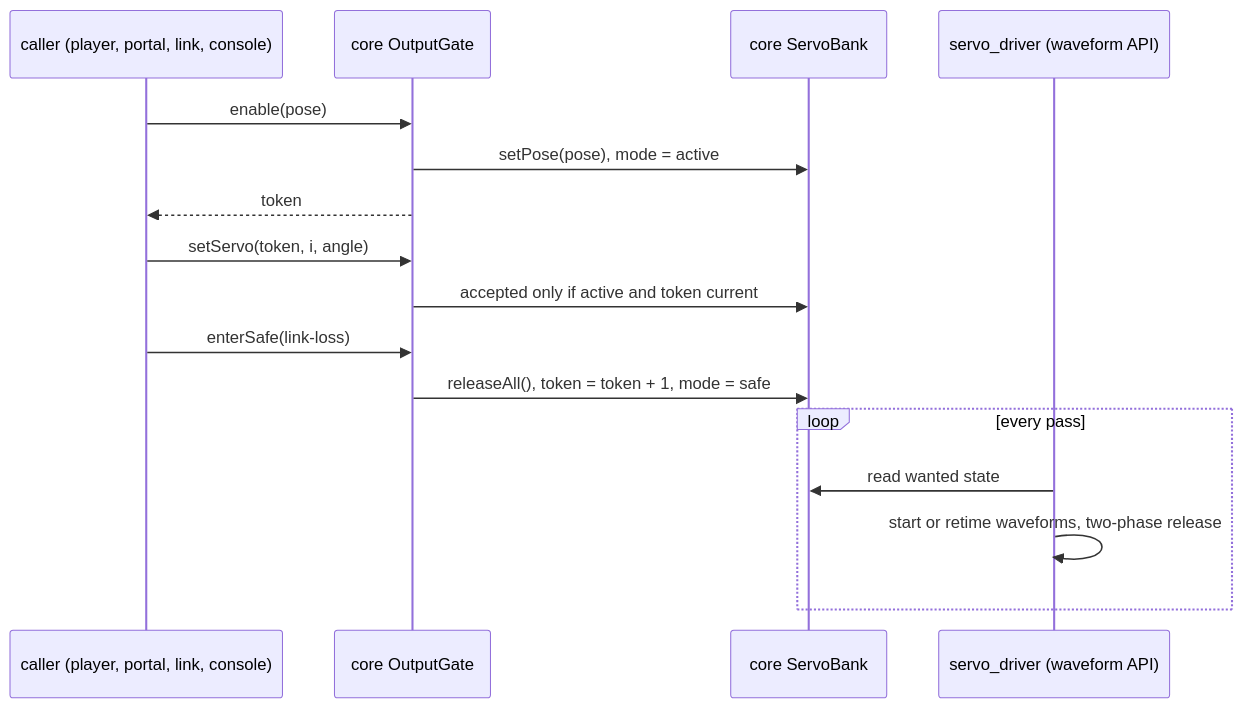
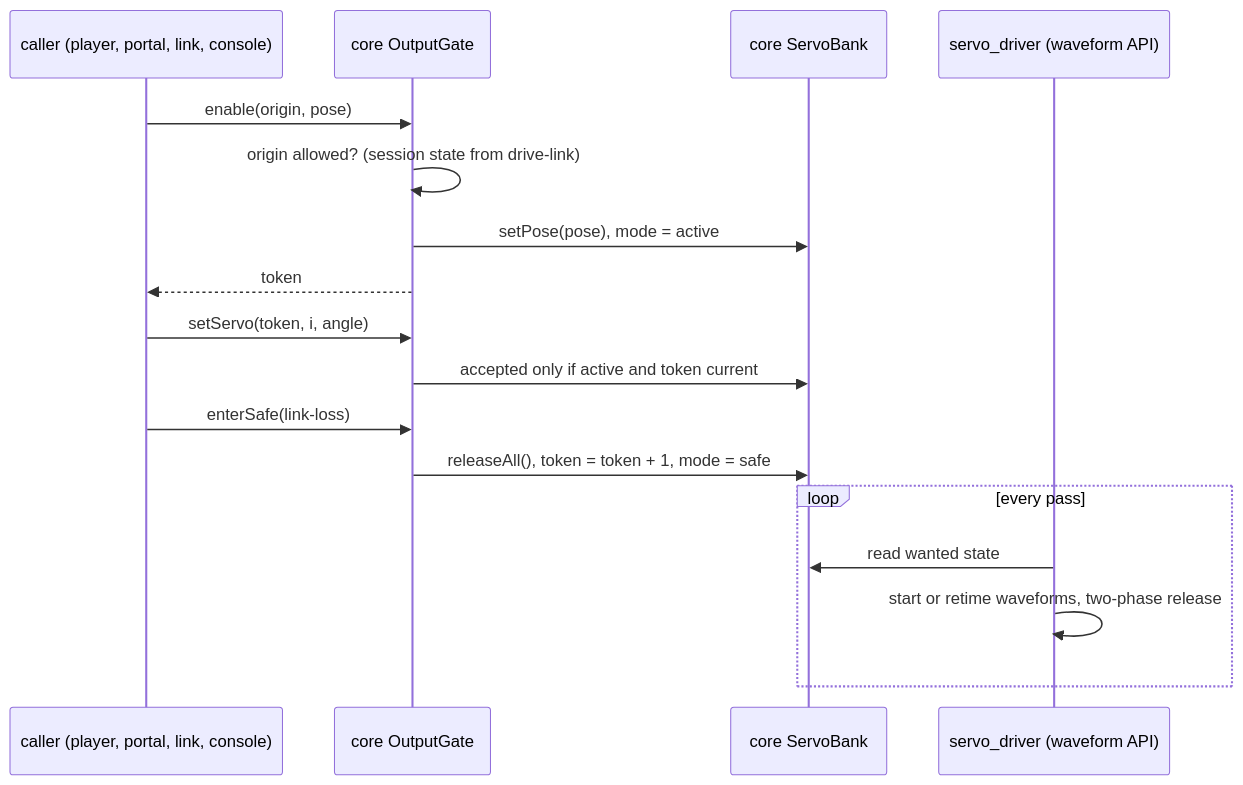
The third of 4 diagrams in openspec/changes/firmware-foundation/design.md (blackfyre/mini-spooder), drawn with Mermaid before and after one commit. The commit also changed other lines of this file and 5 other files, not shown here.

````diff
--- a/openspec/changes/firmware-foundation/design.md
+++ b/openspec/changes/firmware-foundation/design.md
@@ -118,18 +118,19 @@
 ```mermaid
 sequenceDiagram
   participant Caller as caller (player, portal, link, console)
   participant Gate as core OutputGate
   participant Bank as core ServoBank
   participant Drv as servo_driver (waveform API)
-  Caller->>Gate: enable(pose)
+  Caller->>Gate: enable(origin, pose)
+  Gate->>Gate: origin allowed? (session state from drive-link)
   Gate->>Bank: setPose(pose), mode = active
   Gate-->>Caller: token
   Caller->>Gate: setServo(token, i, angle)
   Gate->>Bank: accepted only if active and token current
   Caller->>Gate: enterSafe(link-loss)
   Gate->>Bank: releaseAll(), token = token + 1, mode = safe
   loop every pass
     Drv->>Bank: read wanted state
     Drv->>Drv: start or retime waveforms, two-phase release
   end
 ```
````
